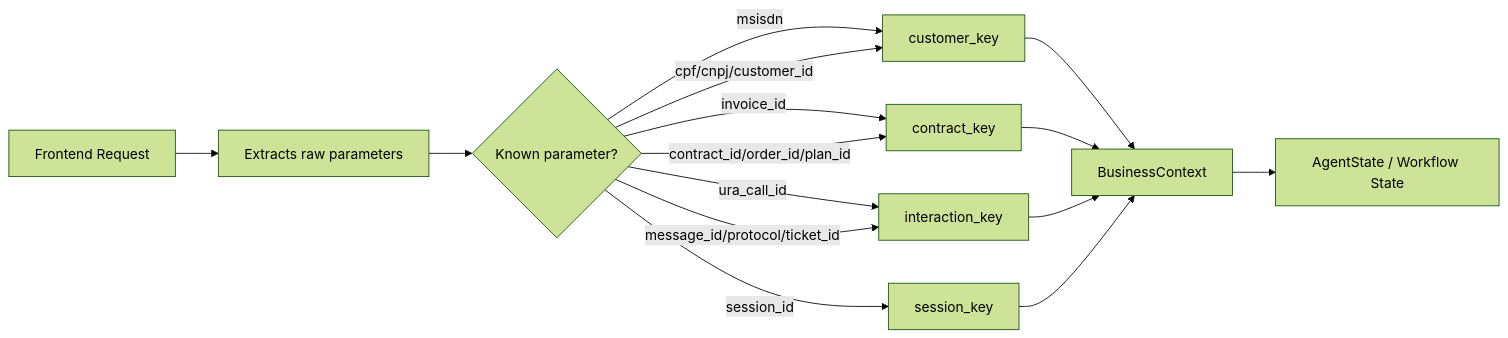
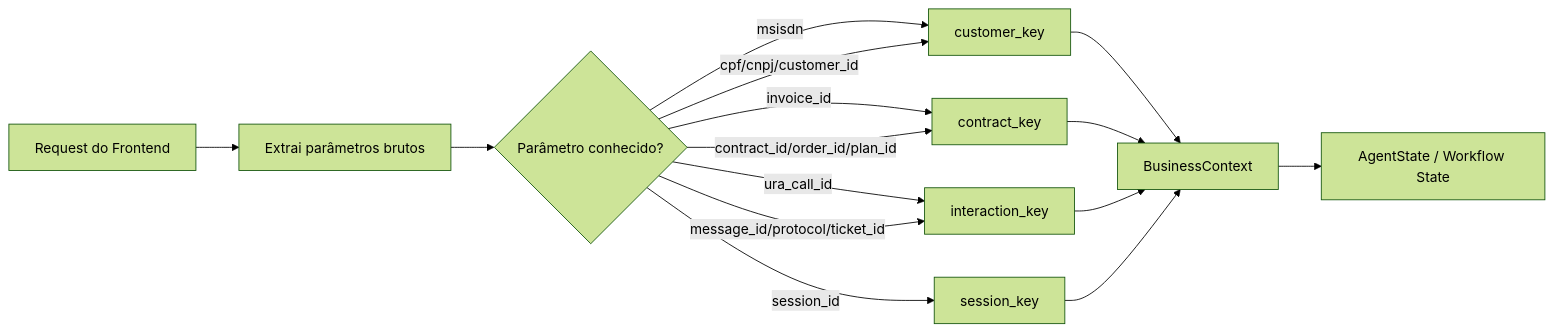
The fifth of 8 diagrams in README.md (hoshikawa2/agent_framework_oci_2), drawn with Mermaid (forest theme) before and after one commit. The commit also changed other lines of this file, not shown here.

Commit message:
examples of graph flow

````diff
--- a/README.md
+++ b/README.md
@@ -3718,25 +4041,25 @@
 ```mermaid
 flowchart LR
 
-    A[Frontend Request] --> B[Extracts raw parameters]
+    A[Request do Frontend] --> B[Extrai parâmetros brutos]
 
-    B --> C{Known parameter?}
+    B --> C{Parâmetro conhecido?}
 
     C -->|msisdn| D[customer_key]
     C -->|cpf/cnpj/customer_id| D
 
     C -->|invoice_id| E[contract_key]
     C -->|contract_id/order_id/plan_id| E
 
     C -->|ura_call_id| F[interaction_key]
     C -->|message_id/protocol/ticket_id| F
 
     C -->|session_id| G[session_key]
 
     D --> H[BusinessContext]
     E --> H
     F --> H
     G --> H
 
     H --> I[AgentState / Workflow State]
 ```
````
